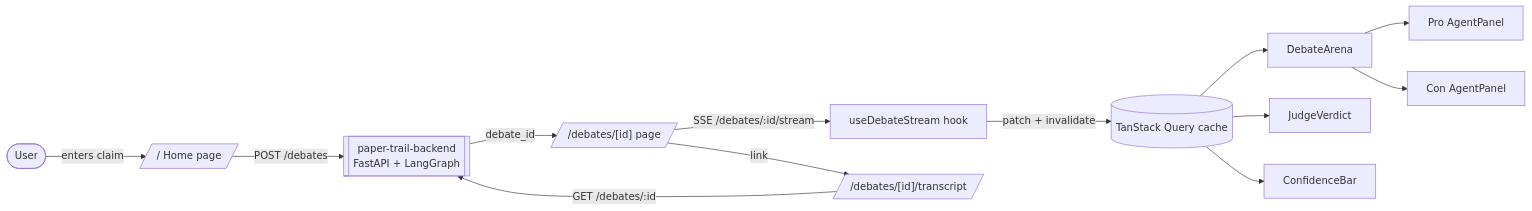
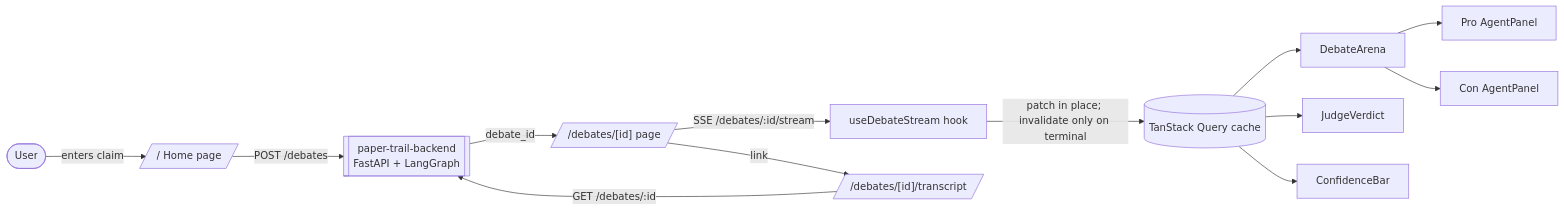
Before and after one commit to Abdul-Muizz1310/paper-trail-frontend: the first of 3 diagrams in docs/ARCHITECTURE.md, drawn with Mermaid. The commit also changed other lines of this file and 4 other files, not shown here.

````diff
--- a/docs/ARCHITECTURE.md
+++ b/docs/ARCHITECTURE.md
@@ -5,15 +5,15 @@
 ```mermaid
 flowchart LR
     User([User]) -->|enters claim| Home[/"/" Home page/]
     Home -->|POST /debates| API[[paper-trail-backend<br/>FastAPI + LangGraph]]
     API -->|debate_id| DebatePage[/"/debates/[id]" page/]
     DebatePage -->|SSE /debates/:id/stream| Hook[useDebateStream hook]
-    Hook -->|patch + invalidate| Query[(TanStack Query cache)]
+    Hook -->|patch in place; invalidate only on terminal| Query[(TanStack Query cache)]
     Query --> Arena[DebateArena]
     Arena --> ProPanel[Pro AgentPanel]
     Arena --> ConPanel[Con AgentPanel]
     Query --> Verdict[JudgeVerdict]
     Query --> Confidence[ConfidenceBar]
     DebatePage -->|link| Transcript[/"/debates/[id]/transcript"/]
     Transcript -->|GET /debates/:id| API
 ```
````
